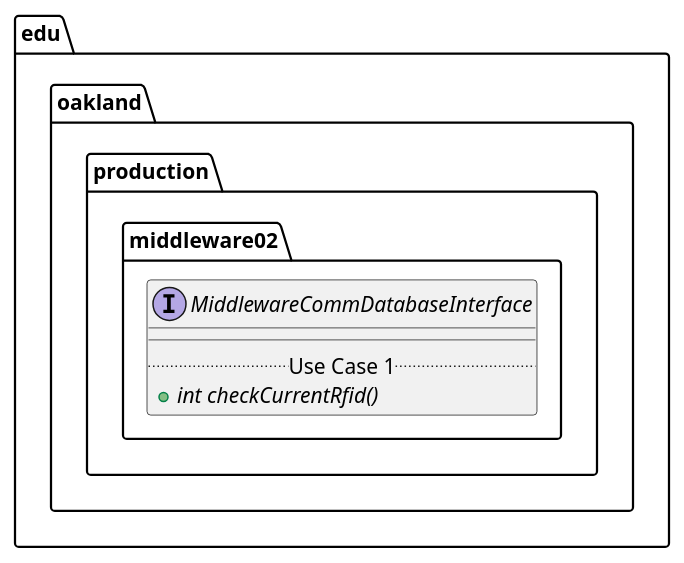
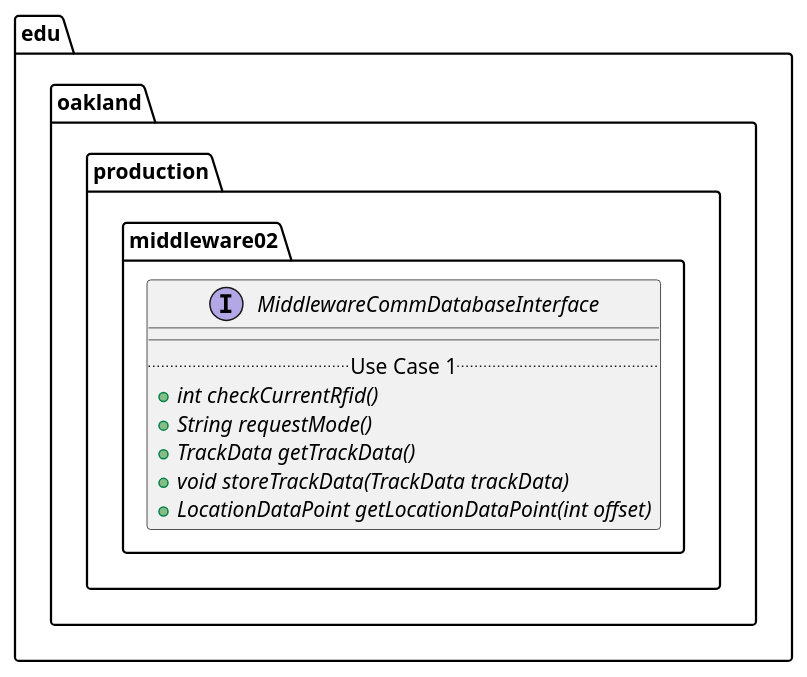
The diagram in docs/uml-class-diagrams/middleware02/production/MiddlewareCommDatabaseInterface/MiddlewareCommDatabaseInterface.puml (andrewdimmer/csi-3370-software-project), drawn with PlantUML before and after one commit. The commit also changed 540 other files, not shown here.

First line of the commit message:
[Admin] Update PUML Diagrams to Reflect Production Code/Tests (#168)

```diff
--- a/docs/uml-class-diagrams/middleware02/production/MiddlewareCommDatabaseInterface/MiddlewareCommDatabaseInterface.puml
+++ b/docs/uml-class-diagrams/middleware02/production/MiddlewareCommDatabaseInterface/MiddlewareCommDatabaseInterface.puml
@@ -1,11 +1,15 @@
 @startuml MiddlewareCommDatabaseInterface
 
 package edu.oakland.production.middleware02 {
     interface MiddlewareCommDatabaseInterface {
         __
         .. Use Case 1 ..
         {abstract} + int checkCurrentRfid()
+        {abstract} + String requestMode()
+        {abstract} + TrackData getTrackData()
+        {abstract} + void storeTrackData(TrackData trackData)
+        {abstract} + LocationDataPoint getLocationDataPoint(int offset)
     }
 }
 
 @enduml
```
